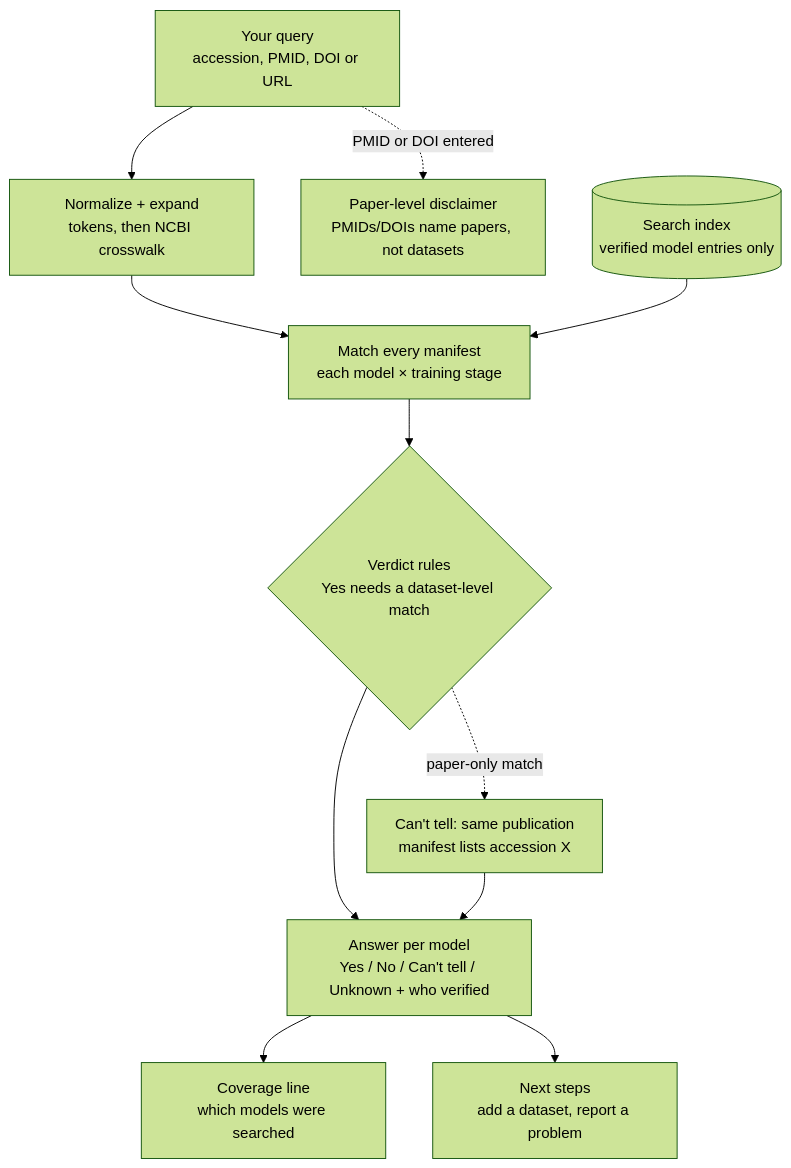
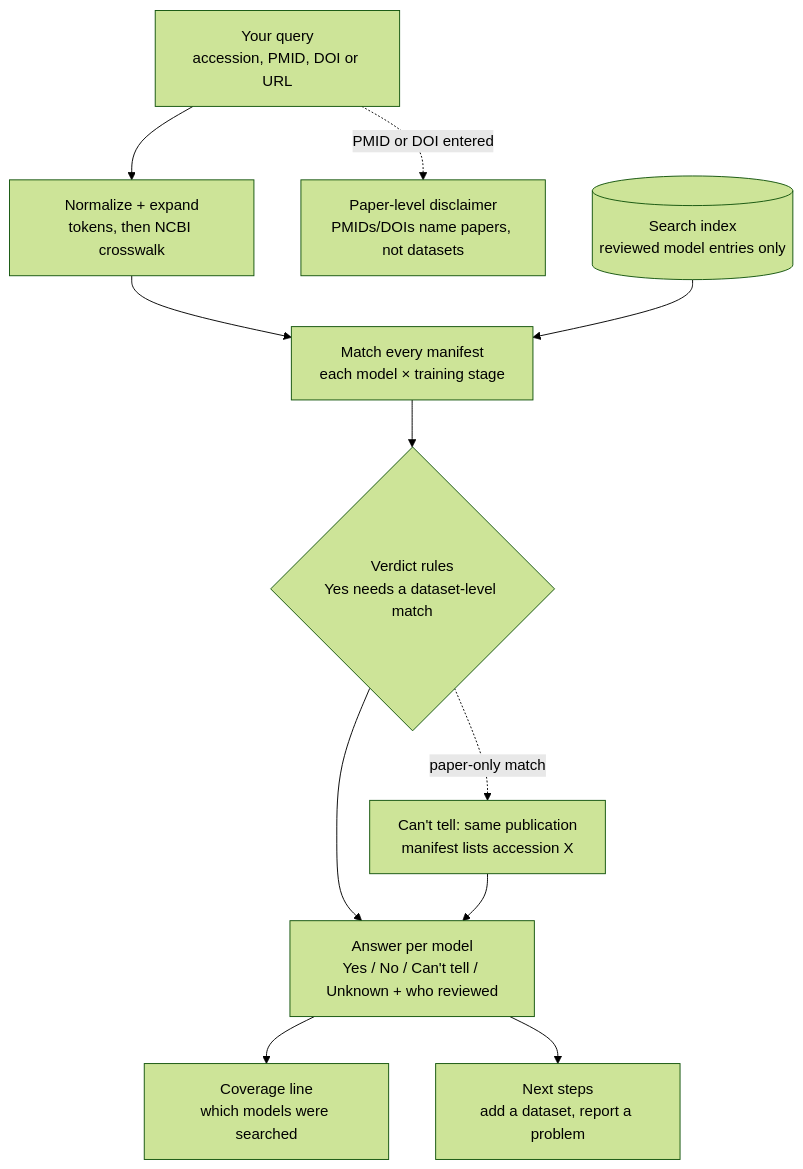
One commit to leahmatzat/corpus-checker changed the third of 3 diagrams in docs/DATA_FLOW.md. Above: the diagram before and after it, drawn with Mermaid (forest theme). The commit also changed other lines of this file and 50 other files, not shown here.

First line of the commit message:
"Reviewed", not "verified": record what a review covers

````diff
--- a/docs/DATA_FLOW.md
+++ b/docs/DATA_FLOW.md
@@ -74,13 +74,13 @@
 ```mermaid
 flowchart TD
   Q["Your query<br/>accession, PMID, DOI or URL"] --> N["Normalize + expand<br/>tokens, then NCBI crosswalk"]
   Q -. "PMID or DOI entered" .-> W1["Paper-level disclaimer<br/>PMIDs/DOIs name papers, not datasets"]
   N --> M["Match every manifest<br/>each model × training stage"]
-  I[("Search index<br/>verified model entries only")] --> M
+  I[("Search index<br/>reviewed model entries only")] --> M
   M --> V{"Verdict rules<br/>Yes needs a dataset-level match"}
   V -. "paper-only match" .-> W2["Can't tell: same publication<br/>manifest lists accession X"]
-  V --> A["Answer per model<br/>Yes / No / Can't tell / Unknown + who verified"]
+  V --> A["Answer per model<br/>Yes / No / Can't tell / Unknown + who reviewed"]
   W2 --> A
   A --> C["Coverage line<br/>which models were searched"]
   A --> R["Next steps<br/>add a dataset, report a problem"]
 ```
````
